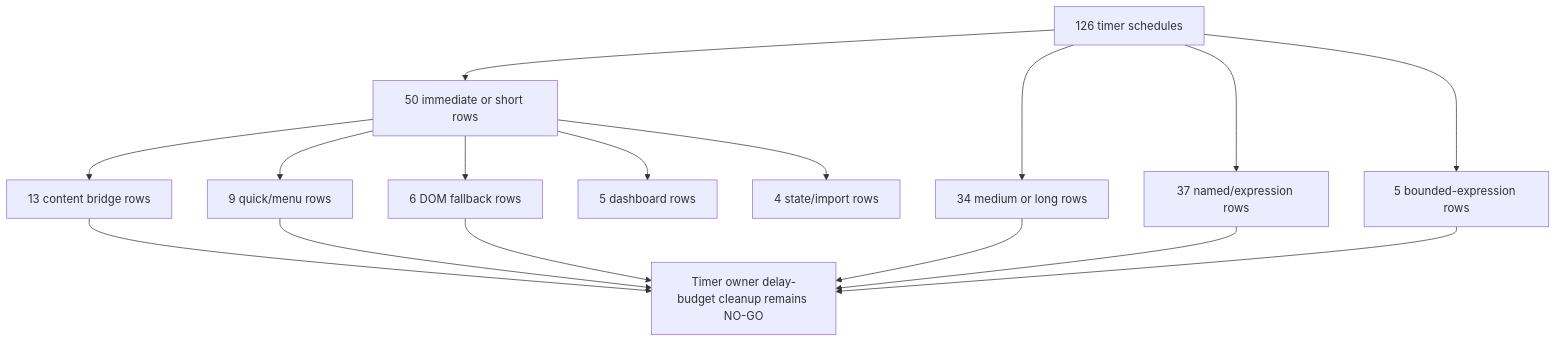
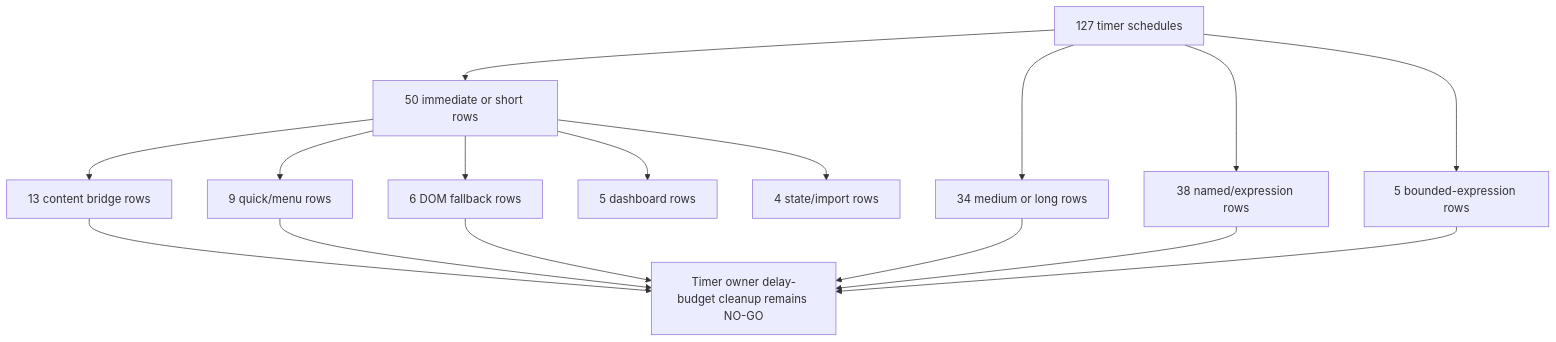
One commit to varshneydevansh/FilterTube changed diagram 21 of 47 in docs/audit/FILTERTUBE_LIFECYCLE_INSTANCE_REGISTER_2026-05-18.md. Above: the diagram before and after it, drawn with Mermaid. The commit also changed other lines of this file and 698 other files, not shown here.

````diff
--- a/docs/audit/FILTERTUBE_LIFECYCLE_INSTANCE_REGISTER_2026-05-18.md
+++ b/docs/audit/FILTERTUBE_LIFECYCLE_INSTANCE_REGISTER_2026-05-18.md
@@ -1966,18 +1966,18 @@
 ```mermaid
 flowchart TD
-  A["126 timer schedules"] --> B["50 immediate or short rows"]
+  A["127 timer schedules"] --> B["50 immediate or short rows"]
   B --> C["13 content bridge rows"]
   B --> D["9 quick/menu rows"]
   B --> E["6 DOM fallback rows"]
   B --> F["5 dashboard rows"]
   B --> G["4 state/import rows"]
   A --> H["34 medium or long rows"]
-  A --> I["37 named/expression rows"]
+  A --> I["38 named/expression rows"]
   A --> J["5 bounded-expression rows"]
   C --> K["Timer owner delay-budget cleanup remains NO-GO"]
   D --> K
   E --> K
   H --> K
   I --> K
   J --> K
 ```
````
